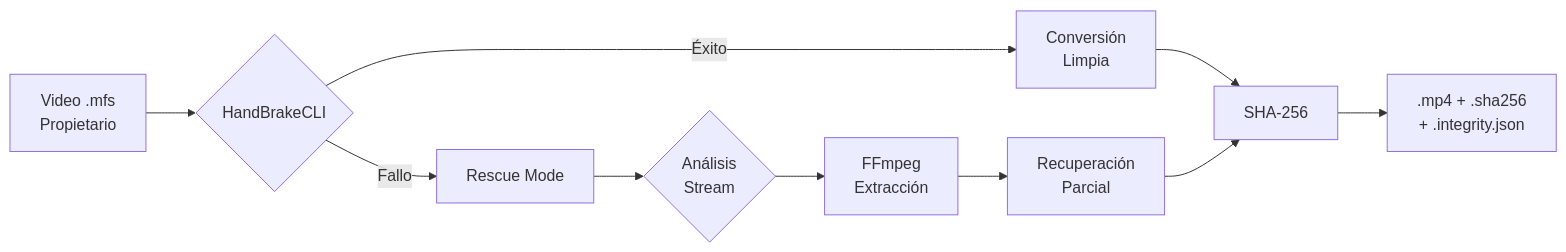
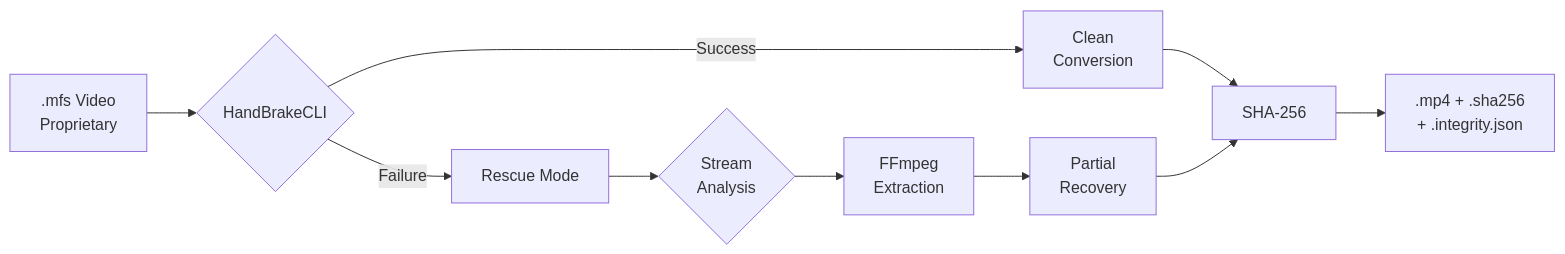
Before and after one commit to matzalazar/vigilant: the second of 3 diagrams in README.md, drawn with Mermaid. The commit also changed other lines of this file and 34 other files, not shown here.

````diff
--- a/README.md
+++ b/README.md
@@ -63,12 +67,12 @@
 ```mermaid
 flowchart LR
-    A[Video .mfs<br/>Propietario] --> B{HandBrakeCLI}
-    B -->|Éxito| C[Conversión<br/>Limpia]
-    B -->|Fallo| D[Rescue Mode]
-    D --> E{Análisis<br/>Stream}
-    E --> F[FFmpeg<br/>Extracción]
-    F --> G[Recuperación<br/>Parcial]
+    A[.mfs Video<br/>Proprietary] --> B{HandBrakeCLI}
+    B -->|Success| C[Clean<br/>Conversion]
+    B -->|Failure| D[Rescue Mode]
+    D --> E{Stream<br/>Analysis}
+    E --> F[FFmpeg<br/>Extraction]
+    F --> G[Partial<br/>Recovery]
     C --> H[SHA-256]
     G --> H
     H --> I[.mp4 + .sha256<br/>+ .integrity.json]
 ```
````
